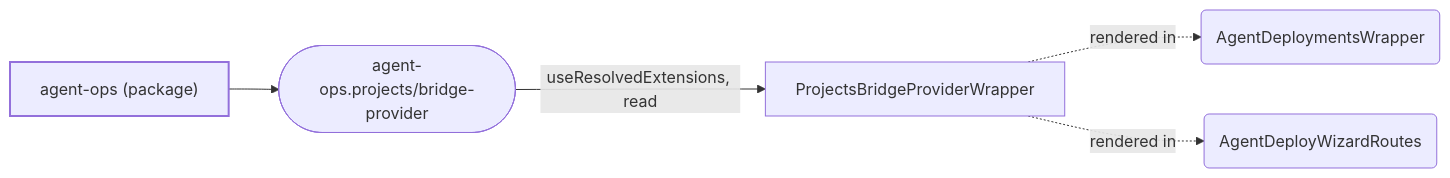
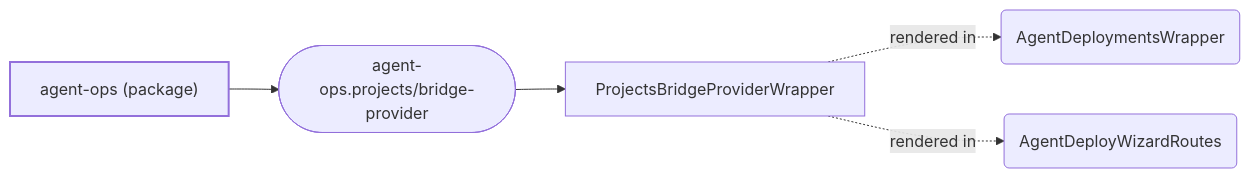
One commit to mturley/odh-dashboard changed the diagram in packages/agent-ops/docs/extensions.md. Above: the diagram before and after it, drawn with Mermaid. The commit also changed other lines of this file and 28 other files, not shown here.

````diff
--- a/packages/agent-ops/docs/extensions.md
+++ b/packages/agent-ops/docs/extensions.md
@@ -35,14 +70,14 @@
 ```mermaid
 flowchart LR
   classDef pkg stroke-width:2px
   classDef point stroke-width:1px
   n_pkg__odh_dashboard_agent_ops_64201e["agent-ops (package)"]:::pkg
   n_agent_ops_projects_bridge_provider_e5b4cf(["agent-ops.projects/bridge-provider"]):::point
   n_pkg__odh_dashboard_agent_ops_64201e --> n_agent_ops_projects_bridge_provider_e5b4cf
   n_symbol_packages_agent_ops_frontend_src_odh_components_ProjectsBridgeProviderWrapper_tsx_ProjectsBridgeProviderWrapper_9d87fd["ProjectsBridgeProviderWrapper"]
-  n_agent_ops_projects_bridge_provider_e5b4cf -- "useResolvedExtensions, read" --> n_symbol_packages_agent_ops_frontend_src_odh_components_ProjectsBridgeProviderWrapper_tsx_ProjectsBridgeProviderWrapper_9d87fd
+  n_agent_ops_projects_bridge_provider_e5b4cf --> n_symbol_packages_agent_ops_frontend_src_odh_components_ProjectsBridgeProviderWrapper_tsx_ProjectsBridgeProviderWrapper_9d87fd
   n_symbol_packages_agent_ops_frontend_src_odh_AgentDeploymentsWrapper_tsx_AgentDeploymentsWrapper_f349ee("AgentDeploymentsWrapper")
   n_symbol_packages_agent_ops_frontend_src_odh_AgentDeployWizardRoutes_tsx_AgentDeployWizardRoutes_dd38ee("AgentDeployWizardRoutes")
   n_symbol_packages_agent_ops_frontend_src_odh_components_ProjectsBridgeProviderWrapper_tsx_ProjectsBridgeProviderWrapper_9d87fd -. "rendered in" .-> n_symbol_packages_agent_ops_frontend_src_odh_AgentDeploymentsWrapper_tsx_AgentDeploymentsWrapper_f349ee
   n_symbol_packages_agent_ops_frontend_src_odh_components_ProjectsBridgeProviderWrapper_tsx_ProjectsBridgeProviderWrapper_9d87fd -. "rendered in" .-> n_symbol_packages_agent_ops_frontend_src_odh_AgentDeployWizardRoutes_tsx_AgentDeployWizardRoutes_dd38ee
 ```
````
